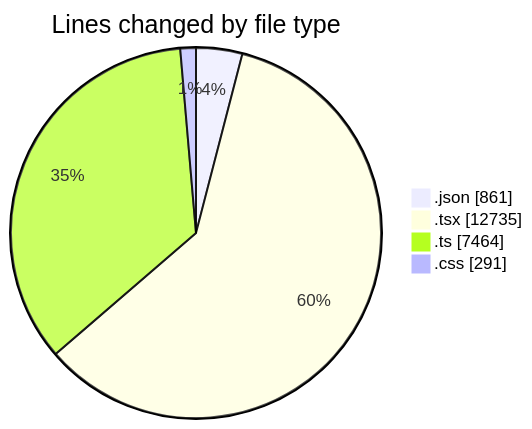
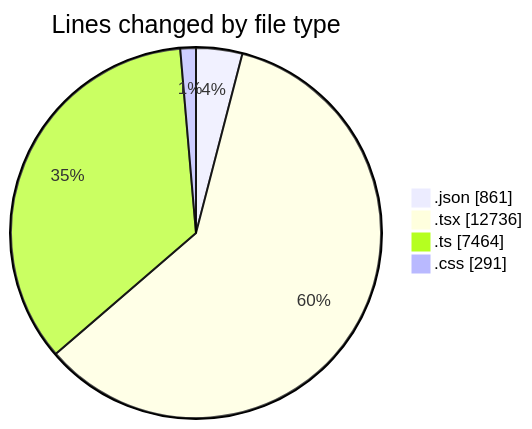
Before and after one commit to julien-gomy/code-tracking: the first of 2 diagrams in 2025-10-07/eventscop-frontend-guide__workspace_/README.md, drawn with Mermaid. The commit also changed other lines of this file and 1 other file, not shown here.

````diff
--- a/2025-10-07/eventscop-frontend-guide__workspace_/README.md
+++ b/2025-10-07/eventscop-frontend-guide__workspace_/README.md
@@ -106,8 +106,8 @@
 ```mermaid
 pie showData
 title Lines changed by file type
 ".json" : 861
-".tsx" : 12735
+".tsx" : 12736
 ".ts" : 7464
 ".css" : 291
 ```
````
